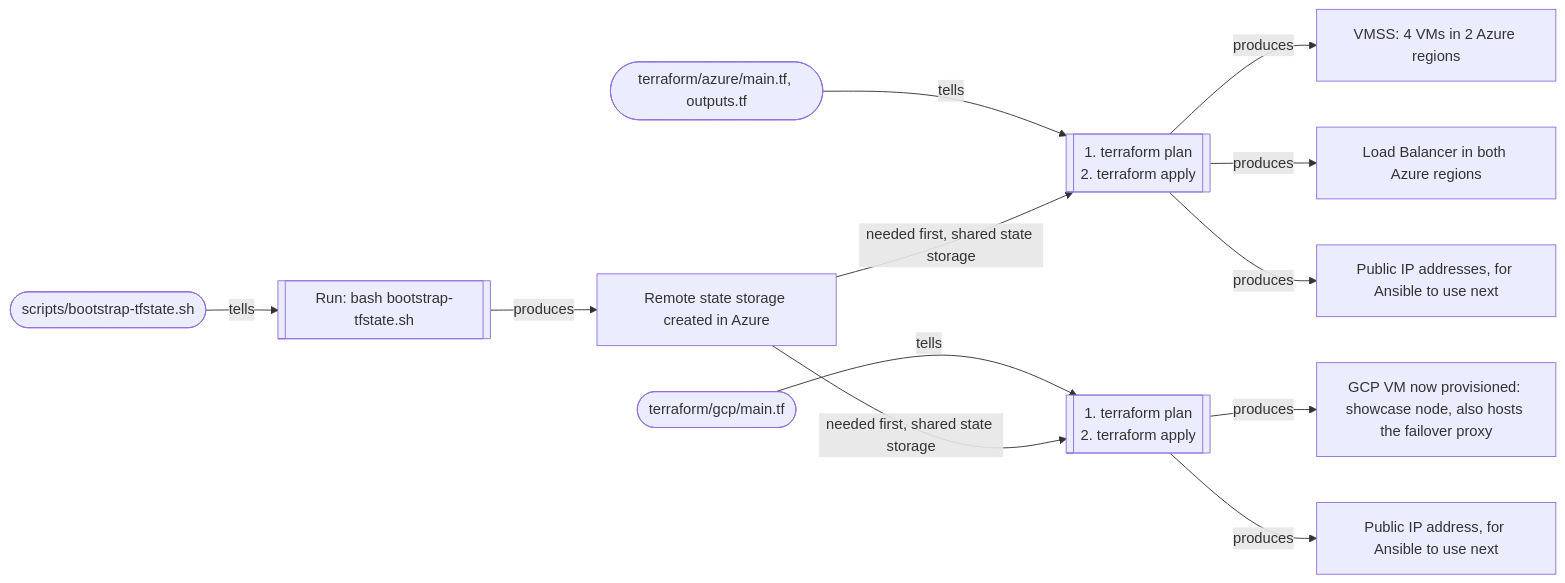
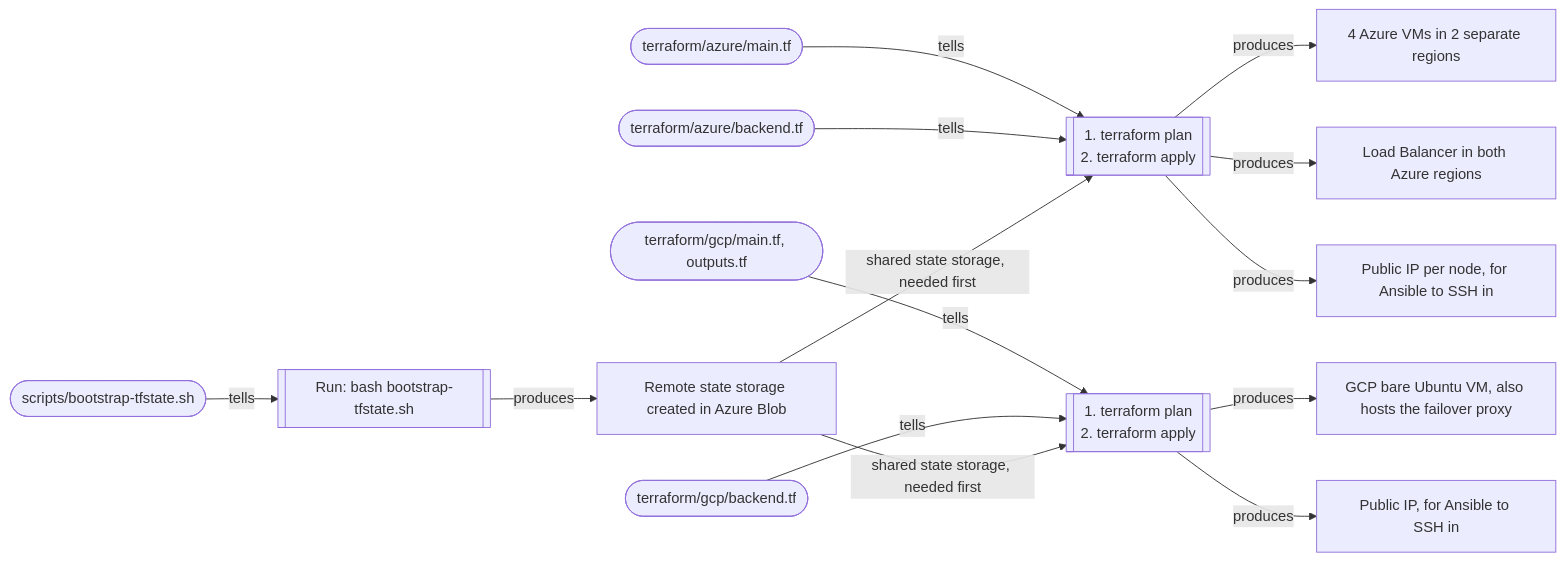
The second of 5 diagrams in README.md (Dennis4507/cloud-native-ha-platform), drawn with Mermaid before and after one commit.

````diff
--- a/README.md
+++ b/README.md
@@ -53,16 +53,18 @@
 ```mermaid
 flowchart LR
     F0(["scripts/bootstrap-tfstate.sh"]) -->|tells| CMD0[["Run: bash bootstrap-tfstate.sh"]]
-    CMD0 -->|produces| OUT0["Remote state storage created in Azure"]
+    CMD0 -->|produces| OUT0["Remote state storage created in Azure Blob"]
 
-    TFAZ(["terraform/azure/main.tf, outputs.tf"]) -->|tells| CMD1[["1. terraform plan<br/>2. terraform apply"]]
-    OUT0 -->|needed first, shared state storage| CMD1
-    CMD1 -->|produces| OUT1A["VMSS: 4 VMs in 2 Azure regions"]
+    TFAZ(["terraform/azure/main.tf"]) -->|tells| CMD1[["1. terraform plan<br/>2. terraform apply"]]
+    BEAZ(["terraform/azure/backend.tf"]) -->|tells| CMD1
+    OUT0 -->|shared state storage, needed first| CMD1
+    CMD1 -->|produces| OUT1A["4 Azure VMs in 2 separate regions"]
     CMD1 -->|produces| OUT1B["Load Balancer in both Azure regions"]
-    CMD1 -->|produces| OUT1C["Public IP addresses, for Ansible to use next"]
+    CMD1 -->|produces| OUT1C["Public IP per node, for Ansible to SSH in"]
 
-    TFGCP(["terraform/gcp/main.tf"]) -->|tells| CMD2[["1. terraform plan<br/>2. terraform apply"]]
-    OUT0 -->|needed first, shared state storage| CMD2
-    CMD2 -->|produces| OUT2["GCP VM now provisioned: showcase node, also hosts the failover proxy"]
-    CMD2 -->|produces| OUT2IP["Public IP address, for Ansible to use next"]
+    TFGCP(["terraform/gcp/main.tf, outputs.tf"]) -->|tells| CMD2[["1. terraform plan<br/>2. terraform apply"]]
+    BEGCP(["terraform/gcp/backend.tf"]) -->|tells| CMD2
+    OUT0 -->|shared state storage, needed first| CMD2
+    CMD2 -->|produces| OUT2["GCP bare Ubuntu VM, also hosts the failover proxy"]
+    CMD2 -->|produces| OUT2IP["Public IP, for Ansible to SSH in"]
 ```
````
